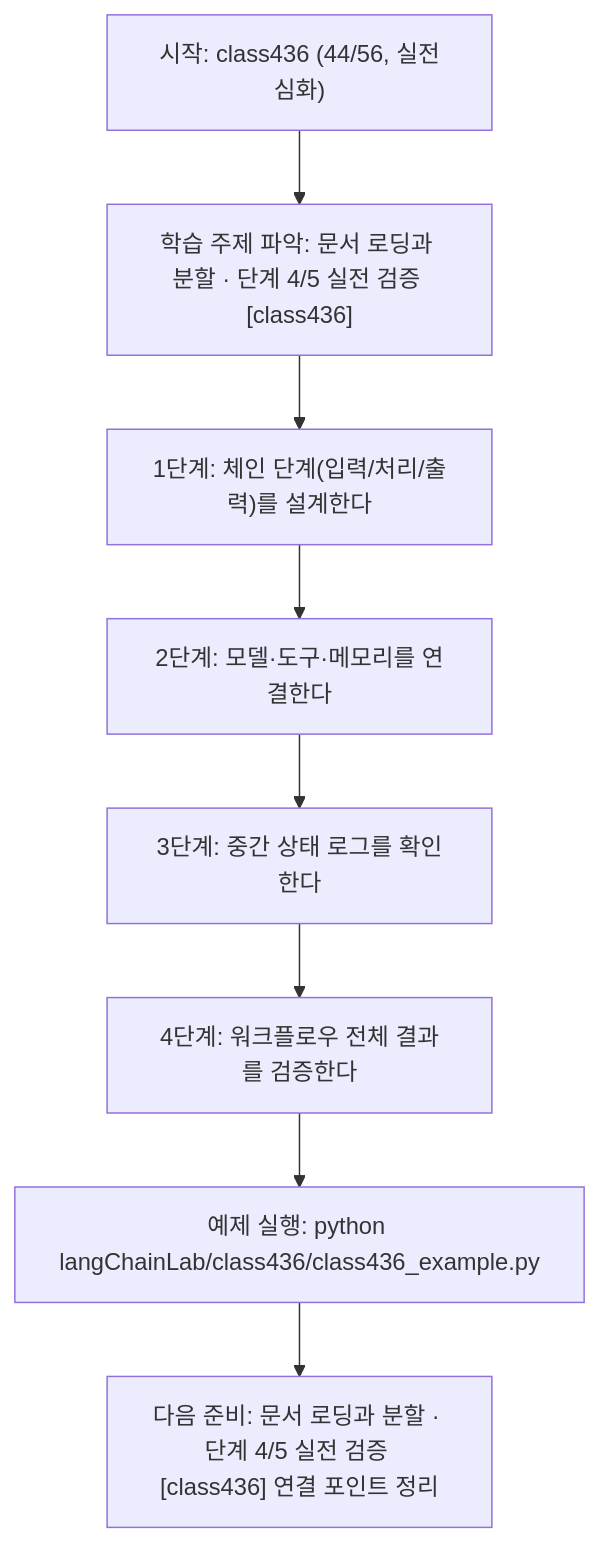
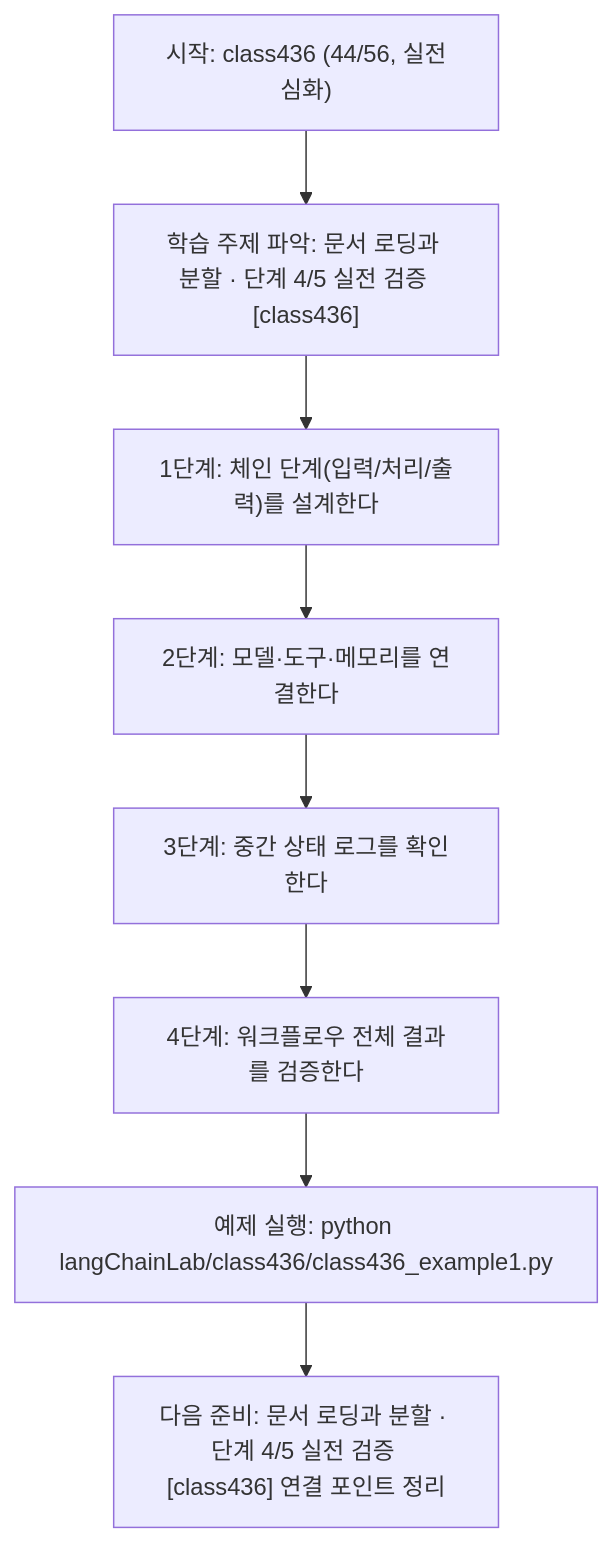
The diagram in langChainLab/class436/class436.md (edumgt/Python-AI_Agent-Class), drawn with Mermaid before and after one commit. The commit also changed other lines of this file and 2959 other files, not shown here.

````diff
--- a/langChainLab/class436/class436.md
+++ b/langChainLab/class436/class436.md
@@ -110,18 +110,18 @@
 ```mermaid
 flowchart TD
 N1["시작: class436 (44/56, 실전심화)"]
 N2["학습 주제 파악: 문서 로딩과 분할 · 단계 4/5 실전 검증 [class436]"]
 N3["1단계: 체인 단계(입력/처리/출력)를 설계한다"]
 N4["2단계: 모델·도구·메모리를 연결한다"]
 N5["3단계: 중간 상태 로그를 확인한다"]
 N6["4단계: 워크플로우 전체 결과를 검증한다"]
-N7["예제 실행: python langChainLab/class436/class436_example.py"]
+N7["예제 실행: python langChainLab/class436/class436_example1.py"]
 N8["다음 준비: 문서 로딩과 분할 · 단계 4/5 실전 검증 [class436] 연결 포인트 정리"]
 N1 --> N2
 N2 --> N3
 N3 --> N4
 N4 --> N5
 N5 --> N6
 N6 --> N7
 N7 --> N8
 ```
````
